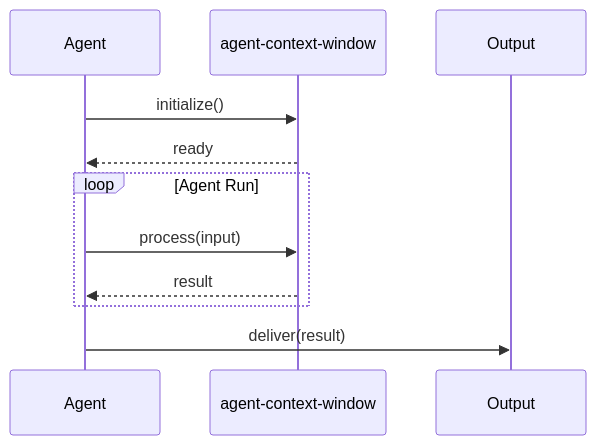
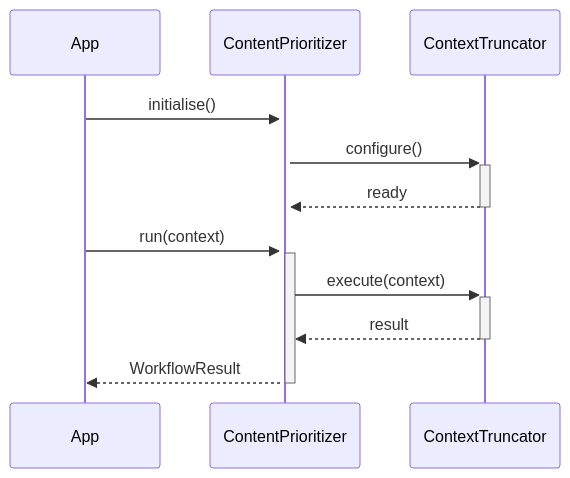
The second of 2 diagrams in README.md (darshjme/agent-context-window), drawn with Mermaid before and after one commit. The commit also changed other lines of this file and 1 other file, not shown here.

````diff
--- a/README.md
+++ b/README.md
@@ -72,16 +97,14 @@
 ```mermaid
 sequenceDiagram
-    participant Agent
-    participant AgentContextWindow as agent-context-window
-    participant Output
+    participant App
+    participant ContentPrioritizer
+    participant ContextTruncator
 
-    Agent->>AgentContextWindow: initialize()
-    AgentContextWindow-->>Agent: ready
-
-    loop Agent Run
-        Agent->>AgentContextWindow: process(input)
-        AgentContextWindow-->>Agent: result
-    end
-
-    Agent->>Output: deliver(result)
+    App->>+ContentPrioritizer: initialise()
+    ContentPrioritizer->>+ContextTruncator: configure()
+    ContextTruncator-->>-ContentPrioritizer: ready
+    App->>+ContentPrioritizer: run(context)
+    ContentPrioritizer->>+ContextTruncator: execute(context)
+    ContextTruncator-->>-ContentPrioritizer: result
+    ContentPrioritizer-->>-App: WorkflowResult
 ```
````
